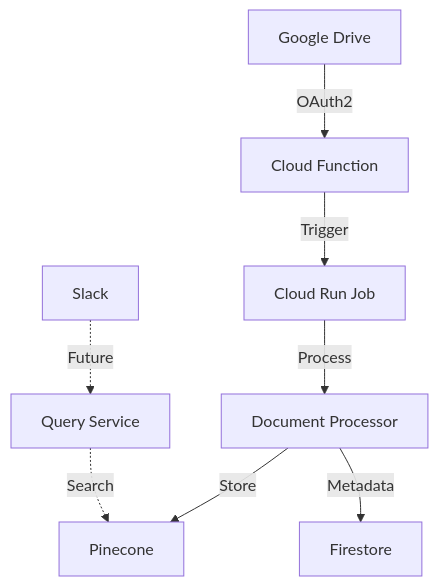
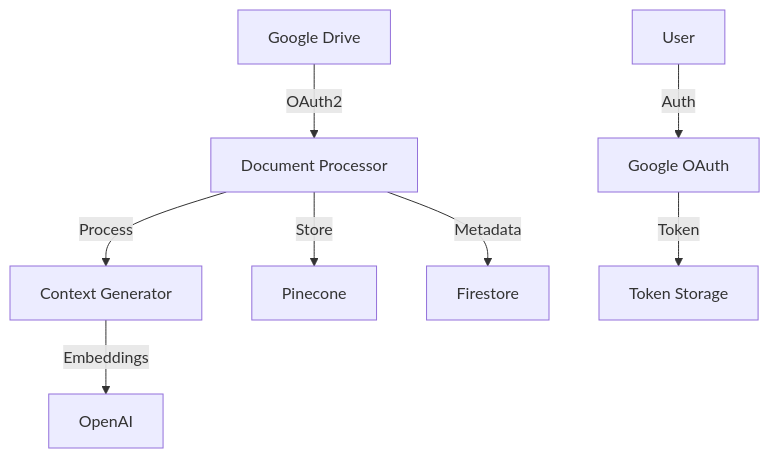
Before and after one commit to SEMANTC/semantc-slack-document-indexer: the diagram in README.md, drawn with Mermaid. The commit also changed other lines of this file, not shown here.

````diff
--- a/README.md
+++ b/README.md
@@ -16,10 +17,10 @@
 ```mermaid
 graph TD
-    A[Google Drive] -->|OAuth2| B[Cloud Function]
-    B -->|Trigger| C[Cloud Run Job]
-    C -->|Process| D[Document Processor]
-    D -->|Store| E[Pinecone]
-    D -->|Metadata| F[Firestore]
-    G[Slack] -.->|Future| H[Query Service]
-    H -.->|Search| E
+    A[Google Drive] -->|OAuth2| B[Document Processor]
+    B -->|Process| C[Context Generator]
+    C -->|Embeddings| D[OpenAI]
+    B -->|Store| E[Pinecone]
+    B -->|Metadata| F[Firestore]
+    G[User] -->|Auth| H[Google OAuth]
+    H -->|Token| I[Token Storage]
 ```
````
